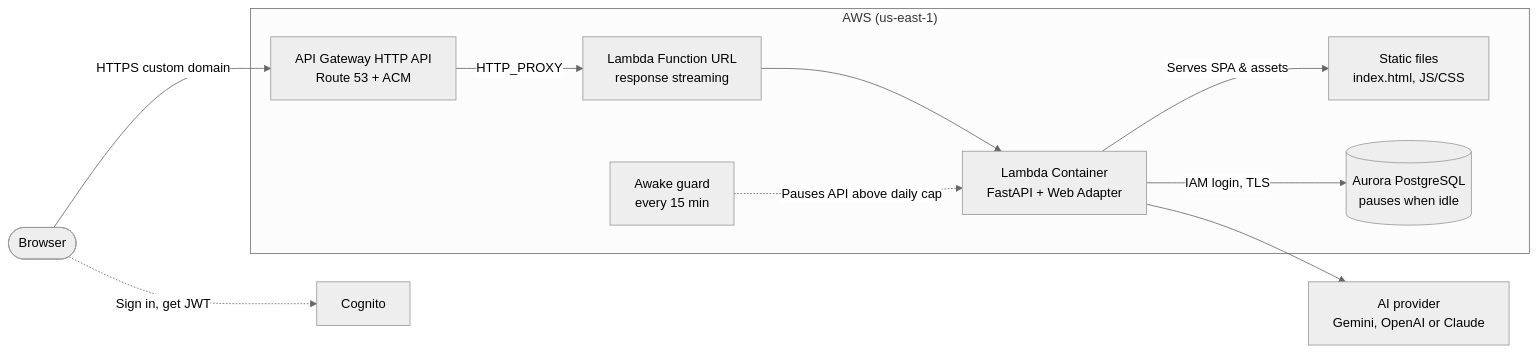
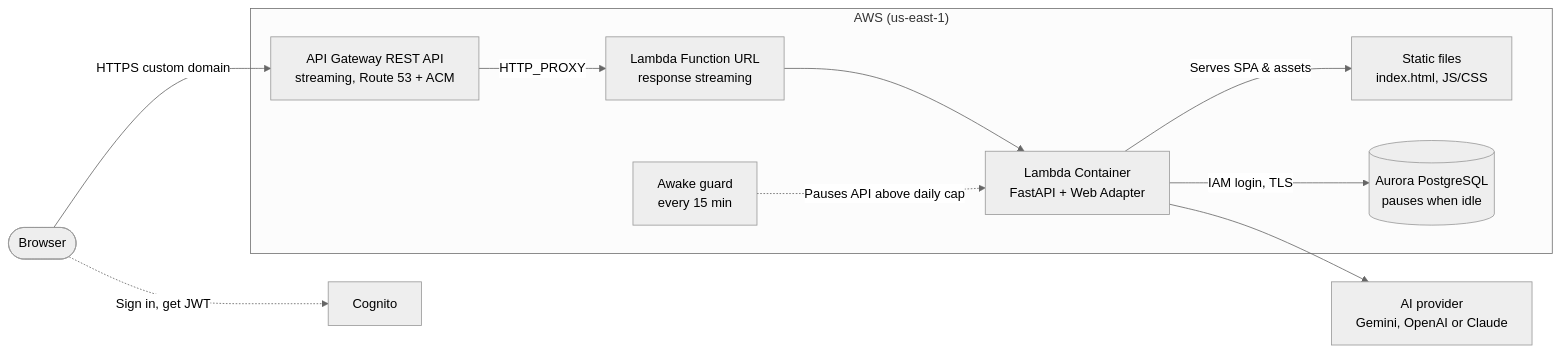
Before and after one commit to taitrd/ai-powered-chat: the diagram in docs/diagrams/architecture.mmd, drawn with Mermaid (neutral theme). The commit also changed 8 other files, not shown here.

Commit message:
refactor: migrate API gateway from http api to rest api with response streaming

```diff
--- a/docs/diagrams/architecture.mmd
+++ b/docs/diagrams/architecture.mmd
@@ -1,13 +1,13 @@
 flowchart LR
-    Browser([Browser]) -->|HTTPS custom domain| APIGW[API Gateway HTTP API<br/>Route 53 + ACM]
+    Browser([Browser]) -->|HTTPS custom domain| APIGW[API Gateway REST API<br/>streaming, Route 53 + ACM]
     Browser -.->|Sign in, get JWT| Cognito[Cognito]
 
     subgraph AWS["AWS (us-east-1)"]
         APIGW -->|HTTP_PROXY| URL[Lambda Function URL<br/>response streaming]
         URL --> Lambda[Lambda Container<br/>FastAPI + Web Adapter]
         Lambda -->|Serves SPA & assets| Static[Static files<br/>index.html, JS/CSS]
         Lambda -->|IAM login, TLS| Aurora[(Aurora PostgreSQL<br/>pauses when idle)]
         Guard[Awake guard<br/>every 15 min] -.->|Pauses API above daily cap| Lambda
     end
 
     Lambda --> AI[AI provider<br/>Gemini, OpenAI or Claude]
```
